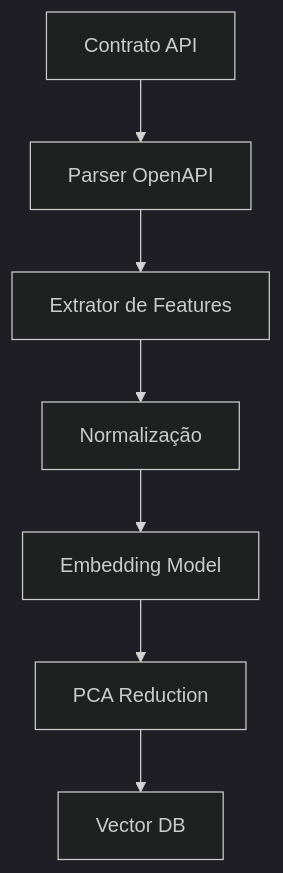
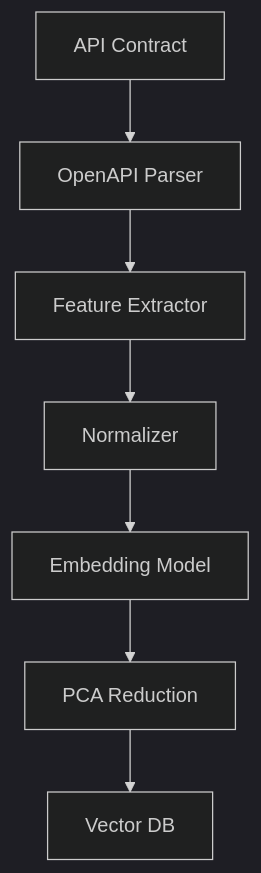
One commit to felipepimentel/plexure-api-search changed the first of 4 diagrams in README.md. Above: the diagram before and after it, drawn with Mermaid (dark theme). The commit also changed other lines of this file and 2 other files, not shown here.

````diff
--- a/README.md
+++ b/README.md
@@ -23,9 +23,9 @@
    ```mermaid
    graph TD
-       A[Contrato API] --> B[Parser OpenAPI]
-       B --> C[Extrator de Features]
-       C --> D[Normalização]
+       A[API Contract] --> B[OpenAPI Parser]
+       B --> C[Feature Extractor]
+       C --> D[Normalizer]
        D --> E[Embedding Model]
        E --> F[PCA Reduction]
        F --> G[Vector DB]
    ```
````
